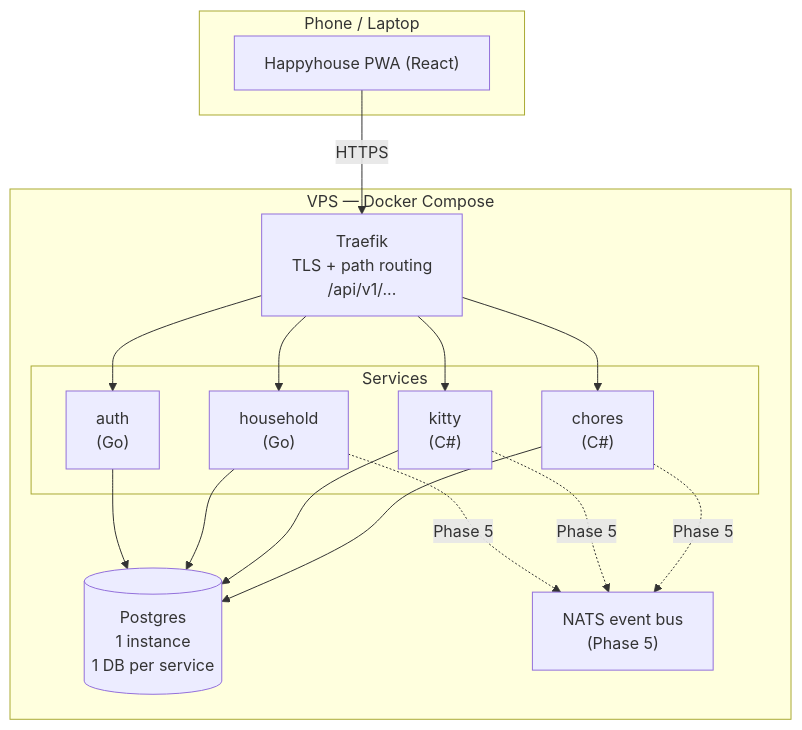
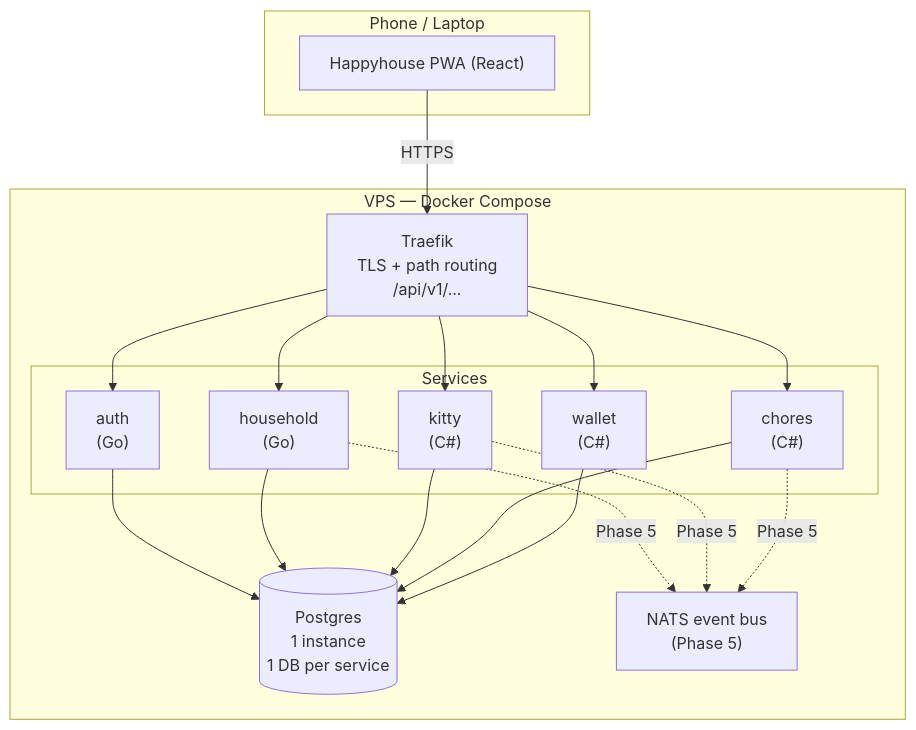
One commit to jamieramsell/happyhouse changed the diagram in docs/DESIGN.md. Above: the diagram before and after it, drawn with Mermaid. The commit also changed other lines of this file and 1 other file, not shown here.

Commit message:
docs: update docs to include newly planned Wallet feature

````diff
--- a/docs/DESIGN.md
+++ b/docs/DESIGN.md
@@ -18,29 +18,31 @@
 ```mermaid
 flowchart TD
     subgraph Client["Phone / Laptop"]
         PWA["Happyhouse PWA (React)"]
     end
 
     subgraph VPS["VPS — Docker Compose"]
         Traefik["Traefik\nTLS + path routing\n/api/v1/..."]
 
         subgraph Services["Services"]
             auth["auth\n(Go)"]
             household["household\n(Go)"]
             kitty["kitty\n(C#)"]
             chores["chores\n(C#)"]
+            wallet["wallet\n(C#)"]
         end
 
         Postgres[("Postgres\n1 instance\n1 DB per service")]
         NATS["NATS event bus\n(Phase 5)"]
     end
 
     PWA -- HTTPS --> Traefik
     Traefik --> auth
     Traefik --> household
     Traefik --> kitty
     Traefik --> chores
+    Traefik --> wallet
 
-    auth & household & kitty & chores --> Postgres
+    auth & household & kitty & chores & wallet --> Postgres
     household & kitty & chores -. "Phase 5" .-> NATS
 ```
````
